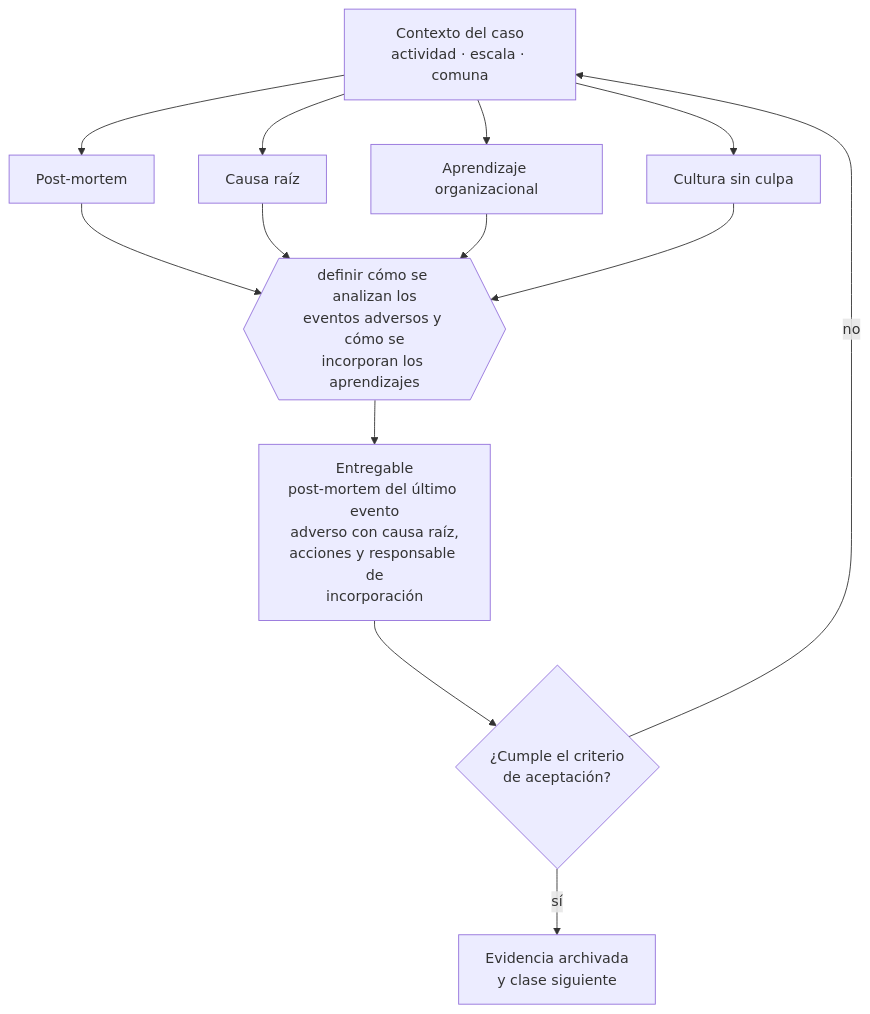
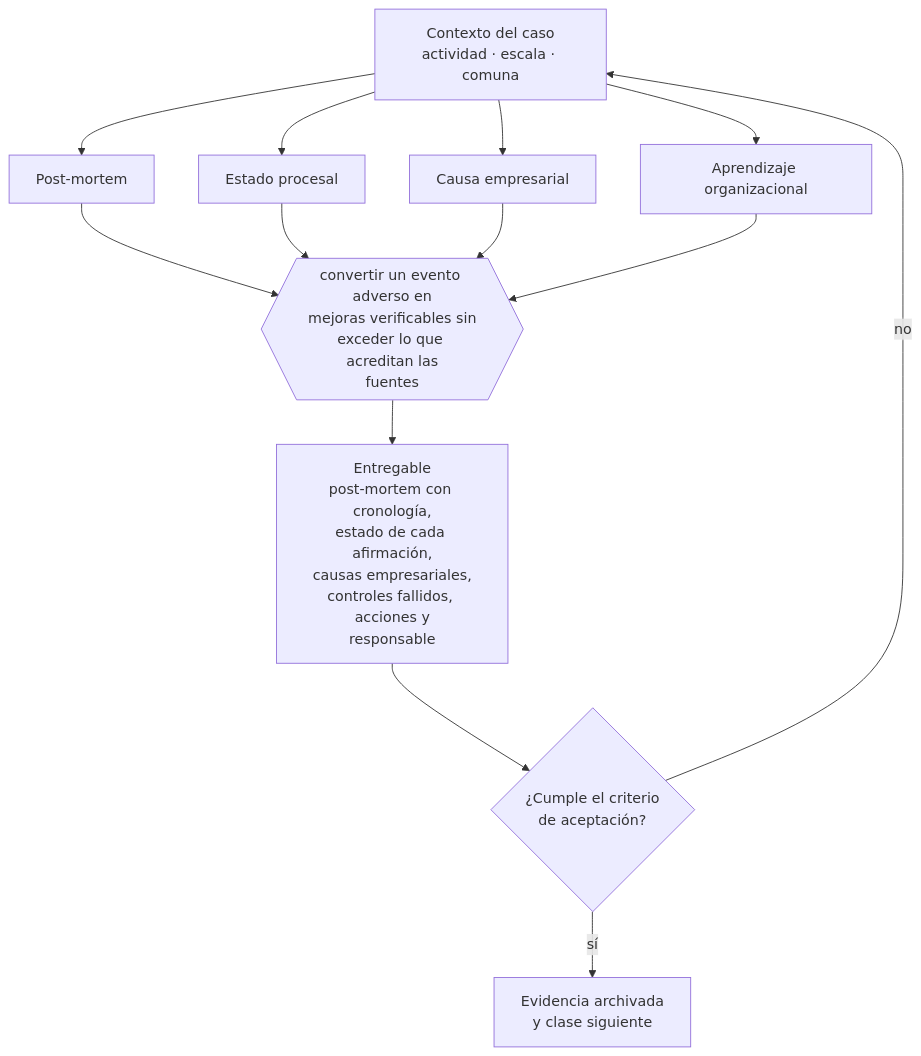
One commit to vladimiracunadev-create/modern-business-creation-program changed the diagram in curriculum/part-21-crisis-continuidad-insolvencia-y-recuperacion/class-13-post-mortem-y-aprendizaje-organizacional/README.md. Above: the diagram before and after it, drawn with Mermaid. The commit also changed other lines of this file and 32 other files, not shown here.

Commit message:
docs: integrar aprendizajes de riesgos empresariales

````diff
--- a/curriculum/part-21-crisis-continuidad-insolvencia-y-recuperacion/class-13-post-mortem-y-aprendizaje-organizacional/README.md
+++ b/curriculum/part-21-crisis-continuidad-insolvencia-y-recuperacion/class-13-post-mortem-y-aprendizaje-organizacional/README.md
@@ -34,13 +34,13 @@
 ```mermaid
 flowchart TB
     C["Contexto del caso<br/>actividad · escala · comuna"]
     C --> A1["Post-mortem"]
-    C --> A2["Causa raíz"]
-    C --> A3["Aprendizaje organizacional"]
-    C --> A4["Cultura sin culpa"]
-    A1 & A2 & A3 & A4 --> D{{"definir cómo se analizan los<br/>eventos adversos y cómo se<br/>incorporan los aprendizajes"}}
-    D --> E["Entregable<br/>post-mortem del último evento<br/>adverso con causa raíz,<br/>acciones y responsable de<br/>incorporación"]
+    C --> A2["Estado procesal"]
+    C --> A3["Causa empresarial"]
+    C --> A4["Aprendizaje organizacional"]
+    A1 & A2 & A3 & A4 --> D{{"convertir un evento adverso en<br/>mejoras verificables sin<br/>exceder lo que acreditan las<br/>fuentes"}}
+    D --> E["Entregable<br/>post-mortem con cronología,<br/>estado de cada afirmación,<br/>causas empresariales,<br/>controles fallidos, acciones y<br/>responsable"]
     E --> V{"¿Cumple el criterio<br/>de aceptación?"}
     V -->|sí| S["Evidencia archivada<br/>y clase siguiente"]
     V -->|no| C
 ```
````
